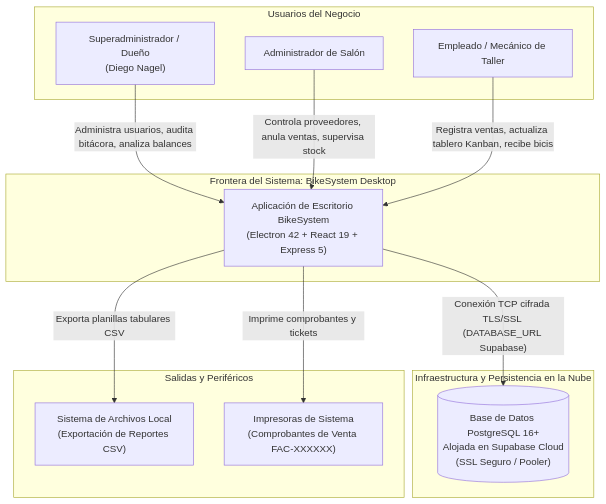
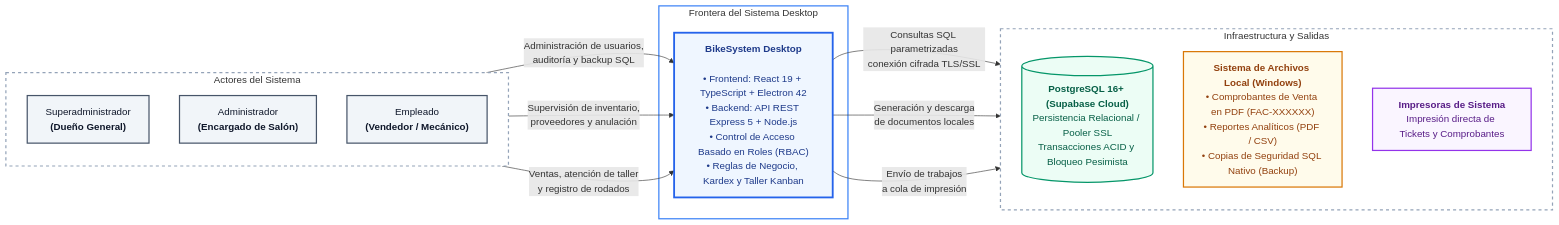
The diagram in docs/diagramas/01_contexto.mmd (exe-rios/BikeSystem), drawn with Mermaid before and after one commit. The commit also changed 78 other files, not shown here.

```diff
--- a/docs/diagramas/01_contexto.mmd
+++ b/docs/diagramas/01_contexto.mmd
@@ -1,27 +1,46 @@
-flowchart TD
-    subgraph Actores["Usuarios del Negocio"]
-        Superadmin["Superadministrador / Dueño<br>(Diego Nagel)"]
-        Admin["Administrador de Salón"]
-        Empleado["Empleado / Mecánico de Taller"]
+flowchart LR
+    %% Definicion de Actores del Negocio
+    subgraph Actores["Actores del Sistema"]
+        direction TB
+        Superadmin["Superadministrador<br><b>(Dueño General)</b>"]
+        Admin["Administrador<br><b>(Encargado de Salón)</b>"]
+        Empleado["Empleado<br><b>(Vendedor / Mecánico)</b>"]
     end
 
-    subgraph Sistema["Frontera del Sistema: BikeSystem Desktop"]
-        ElectronApp["Aplicación de Escritorio BikeSystem<br>(Electron 42 + React 19 + Express 5)"]
+    %% Nucleo del Sistema
+    subgraph Frontera["Frontera del Sistema Desktop"]
+        Sistema["<b>BikeSystem Desktop</b><br><br>• Frontend: React 19 + TypeScript + Electron 42<br>• Backend: API REST Express 5 + Node.js<br>• Control de Acceso Basado en Roles (RBAC)<br>• Reglas de Negocio, Kardex y Taller Kanban"]
     end
 
-    subgraph InfraestructuraNube["Infraestructura y Persistencia en la Nube"]
-        SupabaseDB[("Base de Datos PostgreSQL 16+<br>Alojada en Supabase Cloud<br>(SSL Seguro / Pooler)")]
+    %% Servicios y Periféricos Externos
+    subgraph Externos["Infraestructura y Salidas"]
+        direction TB
+        Supabase[("<b>PostgreSQL 16+ (Supabase Cloud)</b><br>Persistencia Relacional / Pooler SSL<br>Transacciones ACID y Bloqueo Pesimista")]
+        Archivos["<b>Sistema de Archivos Local (Windows)</b><br>• Comprobantes de Venta en PDF (FAC-XXXXXX)<br>• Reportes Analíticos (PDF / CSV)<br>• Copias de Seguridad SQL Nativo (Backup)"]
+        Impresora["<b>Impresoras de Sistema</b><br>Impresión directa de Tickets y Comprobantes"]
     end
 
-    subgraph Salidas["Salidas y Periféricos"]
-        FileSystem["Sistema de Archivos Local<br>(Exportación de Reportes CSV)"]
-        HardwareImp["Impresoras de Sistema<br>(Comprobantes de Venta FAC-XXXXXX)"]
-    end
+    %% Relaciones Actores -> Sistema
+    Superadmin -->|"Administración de usuarios,<br>auditoría y backup SQL"| Sistema
+    Admin -->|"Supervisión de inventario,<br>proveedores y anulación"| Sistema
+    Empleado -->|"Ventas, atención de taller<br>y registro de rodados"| Sistema
 
-    Superadmin -->|"Administra usuarios, audita bitácora, analiza balances"| ElectronApp
-    Admin -->|"Controla proveedores, anula ventas, supervisa stock"| ElectronApp
-    Empleado -->|"Registra ventas, actualiza tablero Kanban, recibe bicis"| ElectronApp
+    %% Relaciones Sistema -> Externos
+    Sistema -->|"Consultas SQL parametrizadas<br>conexión cifrada TLS/SSL"| Supabase
+    Sistema -->|"Generación y descarga<br>de documentos locales"| Archivos
+    Sistema -->|"Envío de trabajos<br>a cola de impresión"| Impresora
 
-    ElectronApp -->|"Conexión TCP cifrada TLS/SSL (DATABASE_URL Supabase)"| SupabaseDB
-    ElectronApp -->|"Exporta planillas tabulares CSV"| FileSystem
-    ElectronApp -->|"Imprime comprobantes y tickets"| HardwareImp
+    %% Estilos de Nodos
+    style Superadmin fill:#F1F5F9,stroke:#475569,stroke-width:2px,color:#0F172A
+    style Admin fill:#F1F5F9,stroke:#475569,stroke-width:2px,color:#0F172A
+    style Empleado fill:#F1F5F9,stroke:#475569,stroke-width:2px,color:#0F172A
+
+    style Sistema fill:#EFF6FF,stroke:#2563EB,stroke-width:3px,color:#1E3A8A
+
+    style Supabase fill:#ECFDF5,stroke:#059669,stroke-width:2px,color:#065F46
+    style Archivos fill:#FFFBEB,stroke:#D97706,stroke-width:2px,color:#92400E
+    style Impresora fill:#FAF5FF,stroke:#9333EA,stroke-width:2px,color:#581C87
+
+    style Actores fill:#FFFFFF,stroke:#94A3B8,stroke-width:2px,stroke-dasharray: 5 5
+    style Frontera fill:#FFFFFF,stroke:#3B82F6,stroke-width:2px
+    style Externos fill:#FFFFFF,stroke:#94A3B8,stroke-width:2px,stroke-dasharray: 5 5
```
